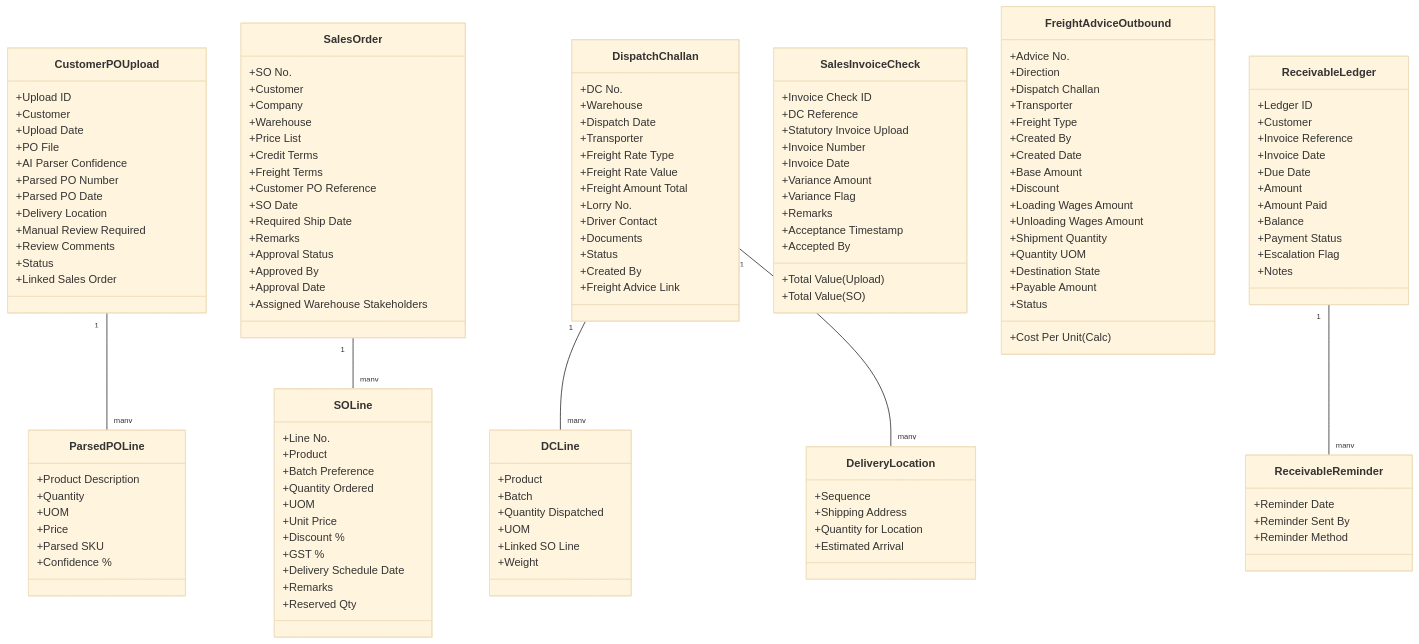
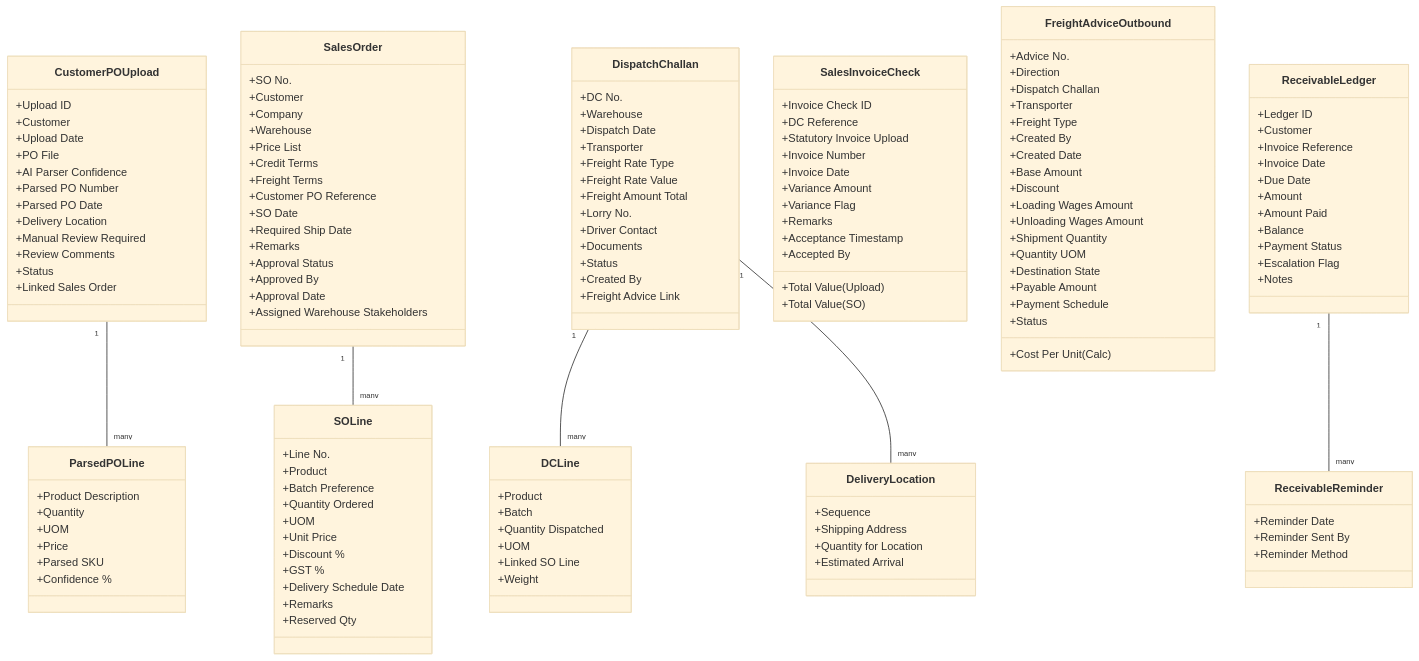
The third of 9 diagrams in docs/data-models/zoho_creator_data_model_field_map.md (LancerInt/ERP-PROJECT), drawn with Mermaid (base theme) before and after one commit. The commit also changed other lines of this file and 6 other files, not shown here.

```diff
--- a/docs/data-models/zoho_creator_data_model_field_map.md
+++ b/docs/data-models/zoho_creator_data_model_field_map.md
@@ -710,6 +720,7 @@
         +Cost Per Unit (Calc)
         +Destination State
         +Payable Amount
+        +Payment Schedule
         +Status
     }
     class ReceivableLedger {
```
